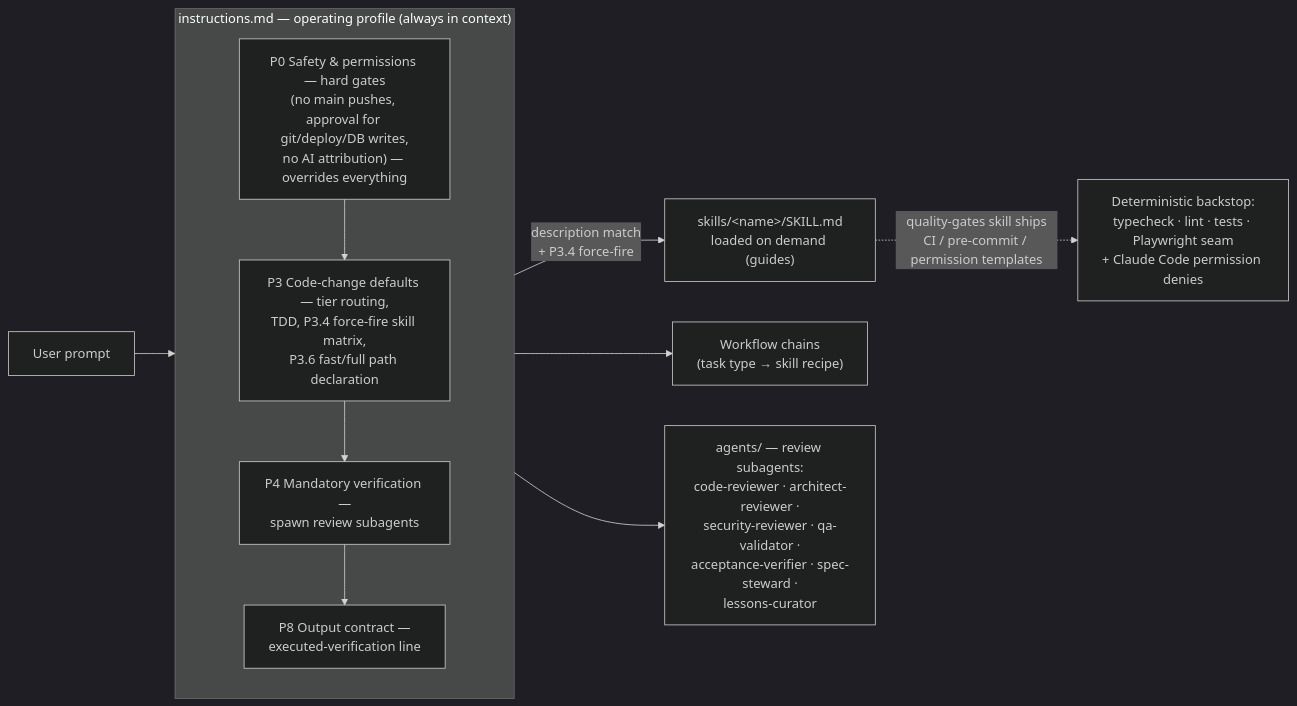
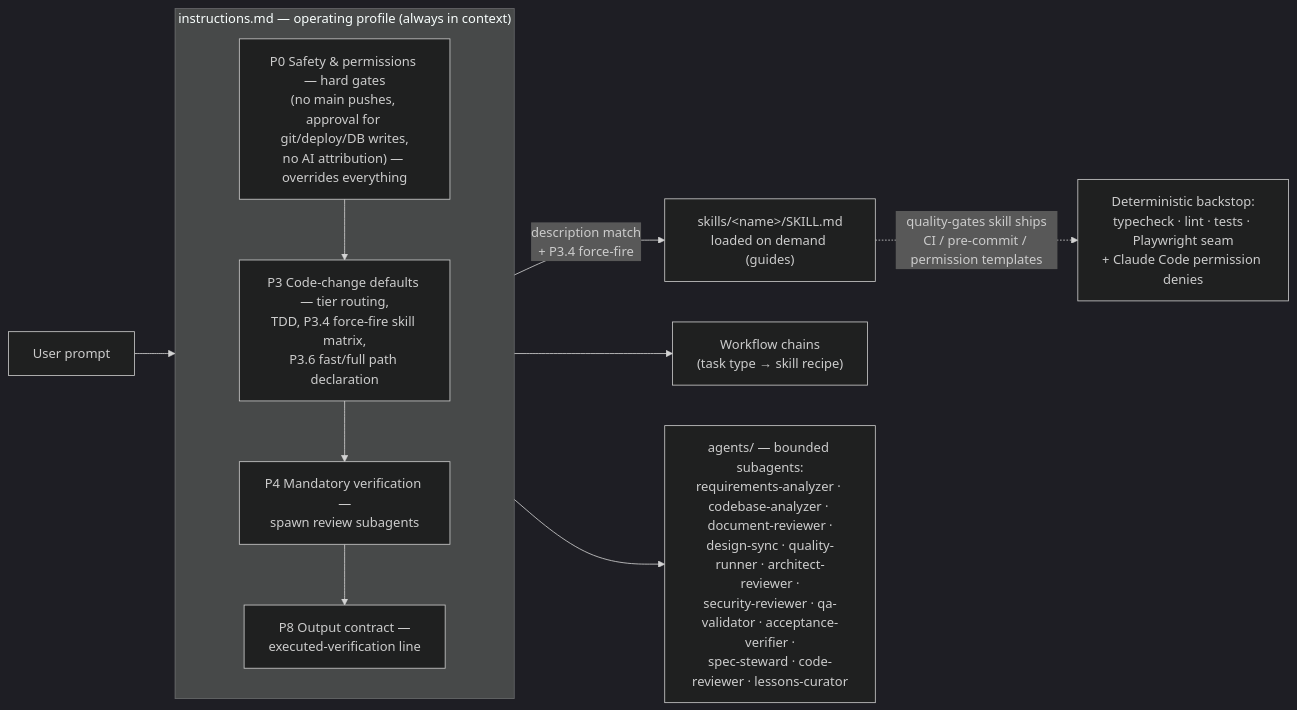
One commit to TierOne-Studio/llm-harness-fullstack changed the fourth of 10 diagrams in docs/ARCHITECTURE.md. Above: the diagram before and after it, drawn with Mermaid (dark theme). The commit also changed other lines of this file and 6 other files, not shown here.

````diff
--- a/docs/ARCHITECTURE.md
+++ b/docs/ARCHITECTURE.md
@@ -230,18 +238,18 @@
 ```mermaid
 flowchart LR
     P["User prompt"] --> PROFILE
 
     subgraph PROFILE["instructions.md — operating profile (always in context)"]
         direction TB
         P0["P0 Safety & permissions — hard gates<br/>(no main pushes, approval for git/deploy/DB writes,<br/>no AI attribution) — overrides everything"]
         P3["P3 Code-change defaults — tier routing,<br/>TDD, P3.4 force-fire skill matrix,<br/>P3.6 fast/full path declaration"]
         P4["P4 Mandatory verification —<br/>spawn review subagents"]
         P8["P8 Output contract —<br/>executed-verification line"]
         P0 --> P3 --> P4 --> P8
     end
 
     PROFILE -- "description match<br/>+ P3.4 force-fire" --> SK["skills/&lt;name&gt;/SKILL.md<br/>loaded on demand (guides)"]
     PROFILE --> WORK["Workflow chains<br/>(task type → skill recipe)"]
-    P4 --> REV["agents/ — review subagents:<br/>code-reviewer · architect-reviewer ·<br/>security-reviewer · qa-validator ·<br/>acceptance-verifier · spec-steward ·<br/>lessons-curator"]
+    P4 --> REV["agents/ — bounded subagents:<br/>requirements-analyzer · codebase-analyzer · document-reviewer ·<br/>design-sync · quality-runner · architect-reviewer ·<br/>security-reviewer · qa-validator · acceptance-verifier ·<br/>spec-steward · code-reviewer · lessons-curator"]
     SK -. "quality-gates skill ships<br/>CI / pre-commit / permission templates" .-> DET["Deterministic backstop:<br/>typecheck · lint · tests · Playwright seam<br/>+ Claude Code permission denies"]
 ```
````
